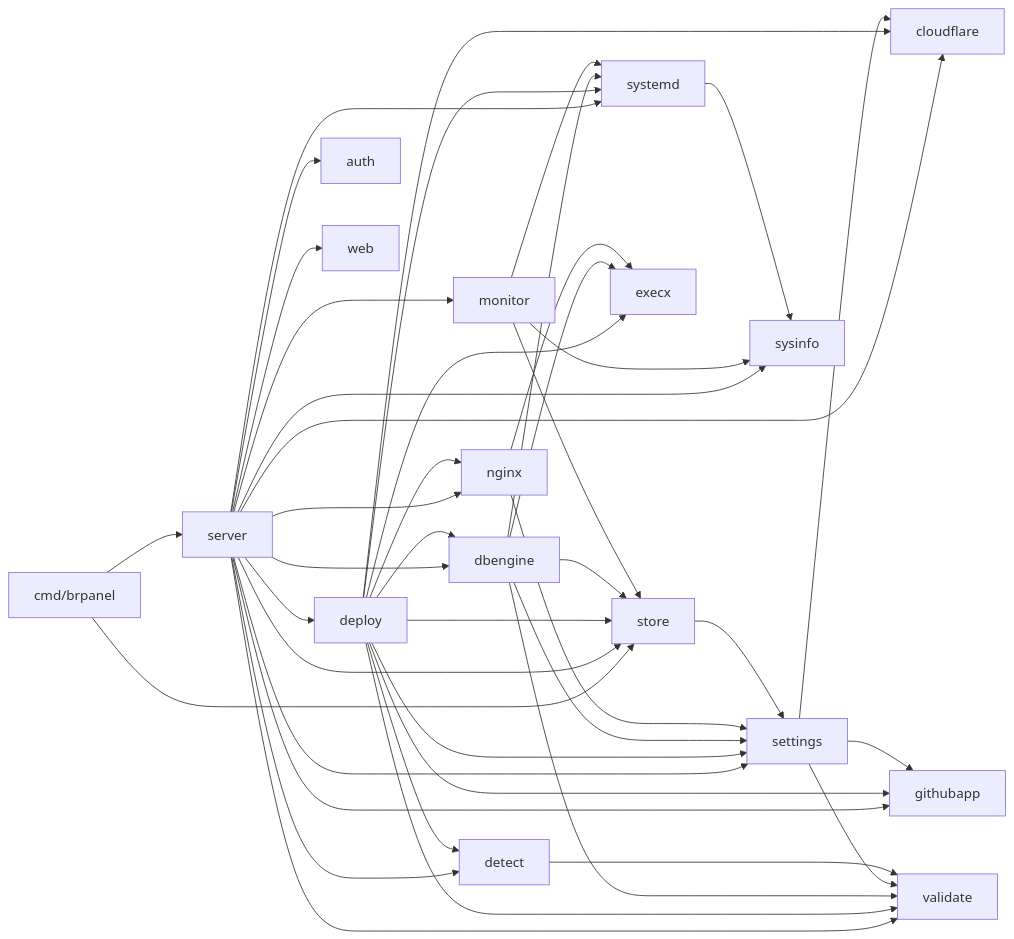
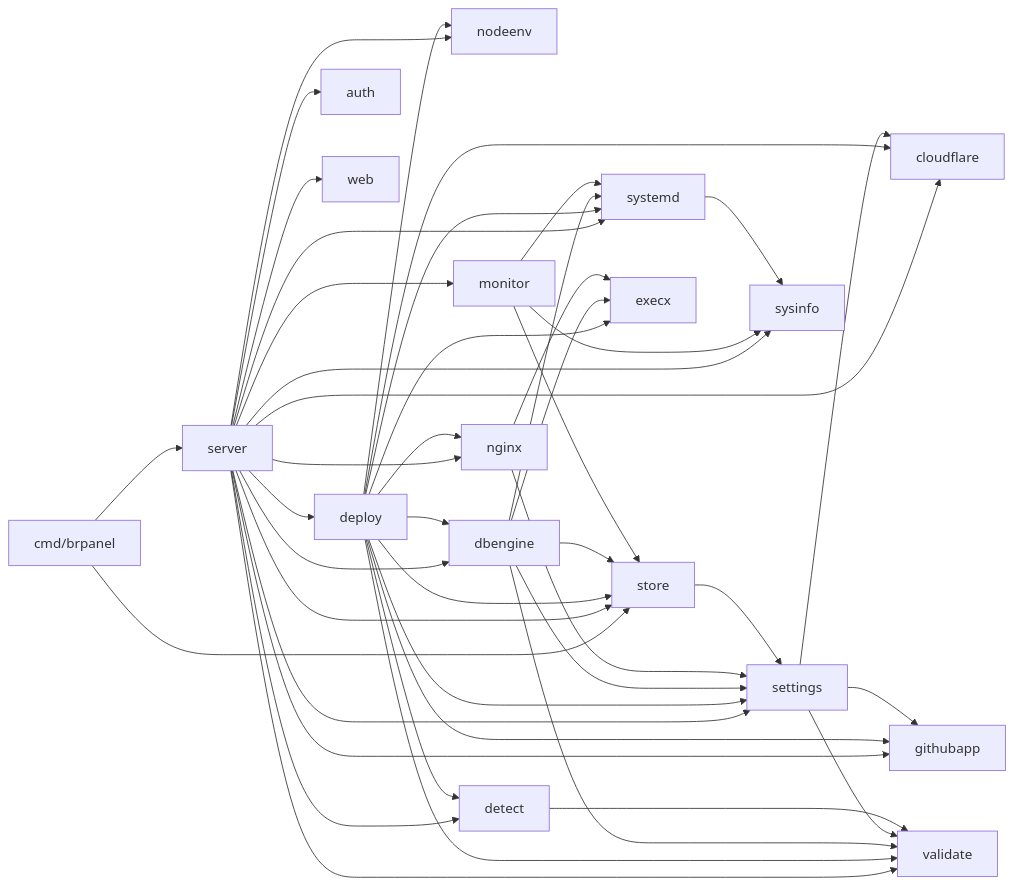
The diagram in docs/architecture.md (viniciusdev772/br_panel), drawn with Mermaid before and after one commit. The commit also changed other lines of this file and 14 other files, not shown here.

````diff
--- a/docs/architecture.md
+++ b/docs/architecture.md
@@ -29,14 +30,14 @@
 ```mermaid
 graph LR
   cmd[cmd/brpanel] --> server
   cmd --> store
-  server --> cloudflare & dbengine & deploy & monitor & auth & settings & store & githubapp & nginx & detect & systemd & sysinfo & validate & web
-  deploy --> cloudflare & detect & nginx & githubapp & settings & store & systemd & validate & execx & dbengine
+  server --> cloudflare & nodeenv & dbengine & deploy & monitor & auth & settings & store & githubapp & nginx & detect & systemd & sysinfo & validate & web
+  deploy --> cloudflare & nodeenv & detect & nginx & githubapp & settings & store & systemd & validate & execx & dbengine
   dbengine --> settings & store & systemd & validate & execx
   monitor --> store & sysinfo & systemd
   nginx --> settings & execx
   store --> settings
   settings --> cloudflare & githubapp & validate
   systemd --> sysinfo
   detect --> validate
 ```
````
